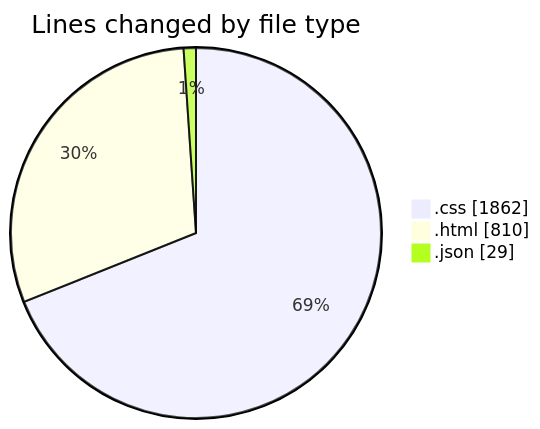
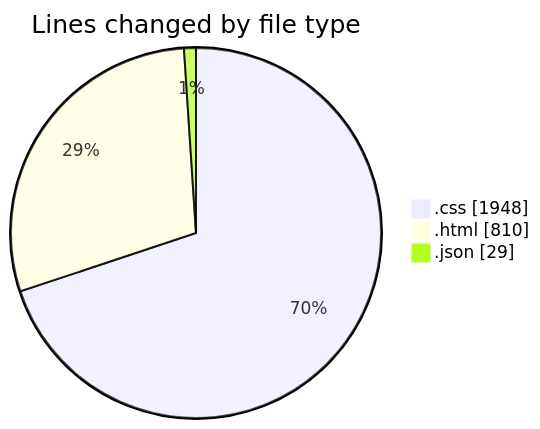
One commit to igalym/code-tracking changed the first of 2 diagrams in 2025-12-30/budget_front_nest/README.md. Above: the diagram before and after it, drawn with Mermaid. The commit also changed other lines of this file and 1 other file, not shown here.

````diff
--- a/2025-12-30/budget_front_nest/README.md
+++ b/2025-12-30/budget_front_nest/README.md
@@ -29,7 +30,7 @@
 ```mermaid
 pie showData
 title Lines changed by file type
-".css" : 1862
+".css" : 1948
 ".html" : 810
 ".json" : 29
 ```
````
